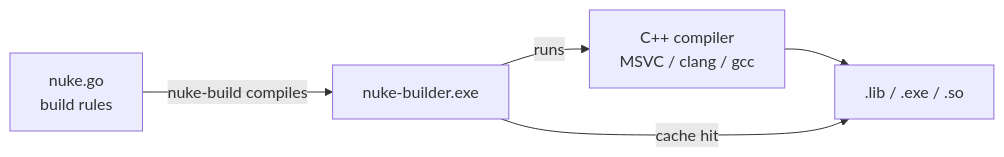
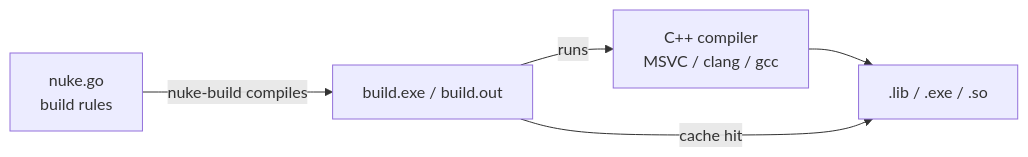
The diagram in README.md (bradphelan/nuke-engine), drawn with Mermaid before and after one commit. The commit also changed other lines of this file and 3 other files, not shown here.

First line of the commit message:
feat: transparent flag pass-through and rename builder to build.exe/build.out

````diff
--- a/README.md
+++ b/README.md
@@ -5,7 +5,7 @@
 ```mermaid
 flowchart LR
-    A[nuke.go\nbuild rules] -->|nuke-build compiles| B[nuke-builder.exe]
+    A[nuke.go\nbuild rules] -->|nuke-build compiles| B[build.exe / build.out]
     B -->|runs| C[C++ compiler\nMSVC / clang / gcc]
     C --> D[.lib / .exe / .so]
     B -->|cache hit| D
 ```
````
